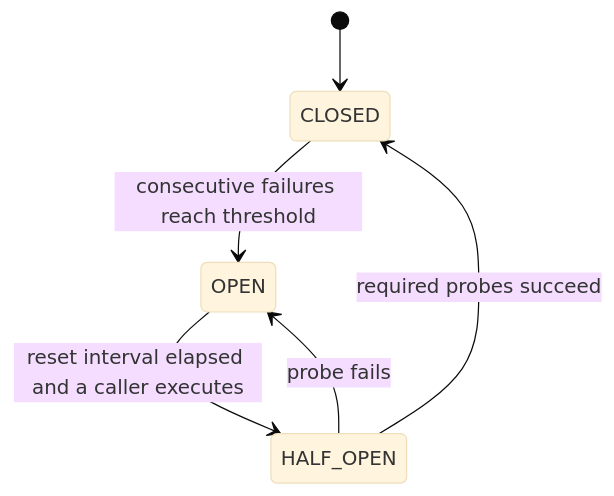
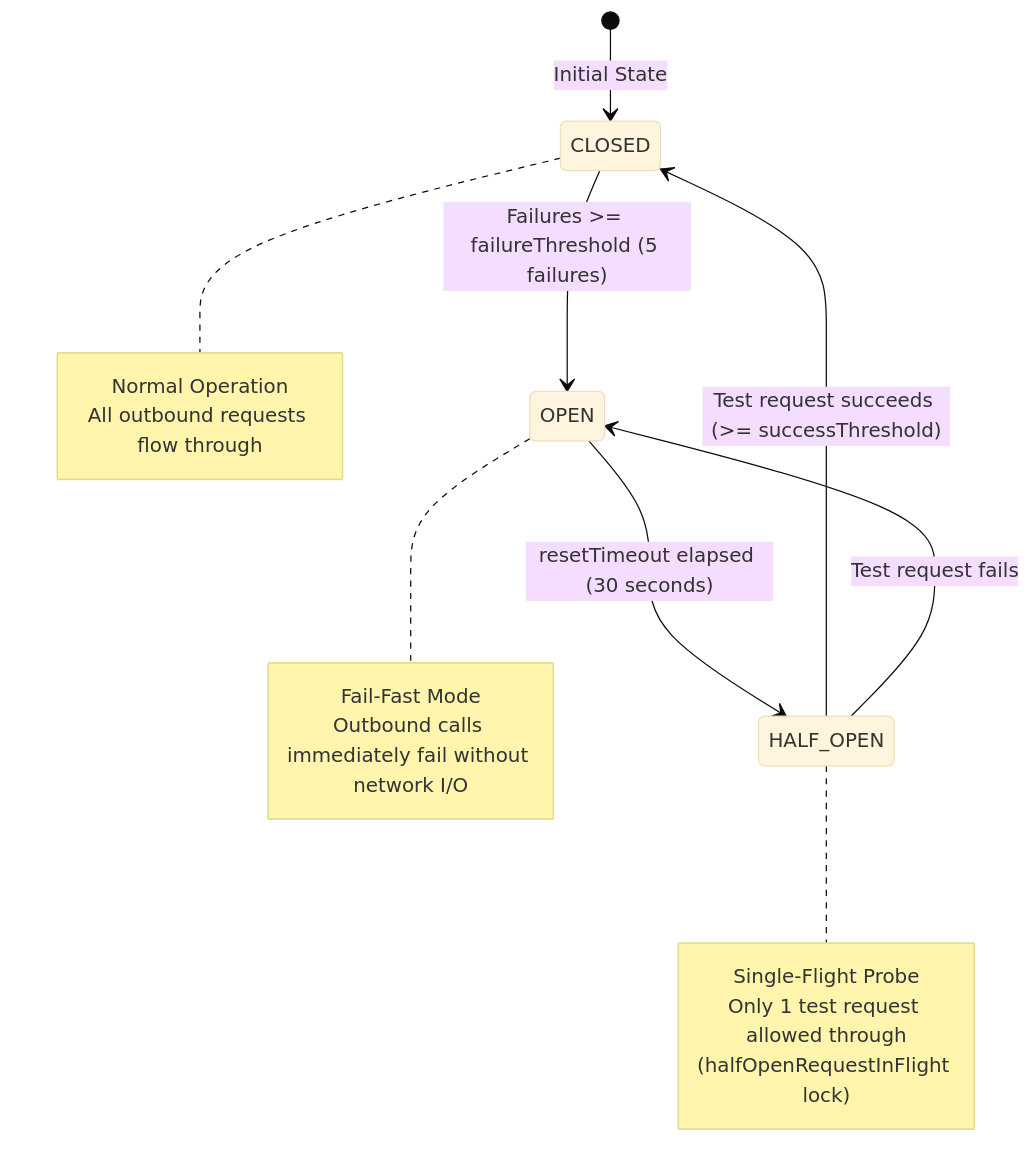
One commit to opsknight-labs/OpsKnight-website changed the diagram in content/docs/v1.3/architecture/circuit-breakers.md. Above: the diagram before and after it, drawn with Mermaid (base theme). The commit also changed other lines of this file and 252 other files, not shown here.

````diff
--- a/content/docs/v1.3/architecture/circuit-breakers.md
+++ b/content/docs/v1.3/architecture/circuit-breakers.md
@@ -16,8 +16,24 @@
 ```mermaid
 stateDiagram-v2
-  [*] --> CLOSED
-  CLOSED --> OPEN: consecutive failures reach threshold
-  OPEN --> HALF_OPEN: reset interval elapsed and a caller executes
-  HALF_OPEN --> OPEN: probe fails
-  HALF_OPEN --> CLOSED: required probes succeed
+    [*] --> CLOSED: Initial State
+
+    CLOSED --> OPEN: Failures >= failureThreshold (5 failures)
+    note right of CLOSED
+      Normal Operation
+      All outbound requests flow through
+    end note
+
+    OPEN --> HALF_OPEN: resetTimeout elapsed (30 seconds)
+    note right of OPEN
+      Fail-Fast Mode
+      Outbound calls immediately fail without network I/O
+    end note
+
+    HALF_OPEN --> CLOSED: Test request succeeds (>= successThreshold)
+    HALF_OPEN --> OPEN: Test request fails
+    note right of HALF_OPEN
+      Single-Flight Probe
+      Only 1 test request allowed through
+      (halfOpenRequestInFlight lock)
+    end note
 ```
````
